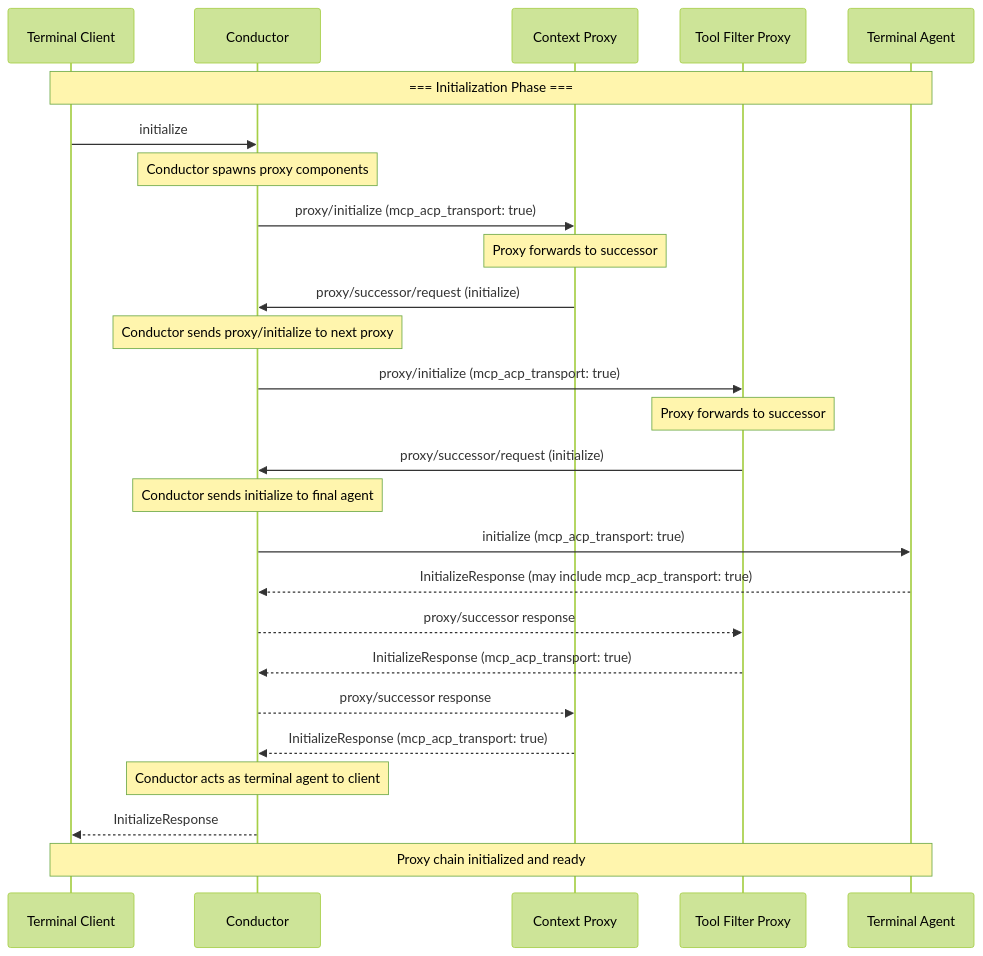
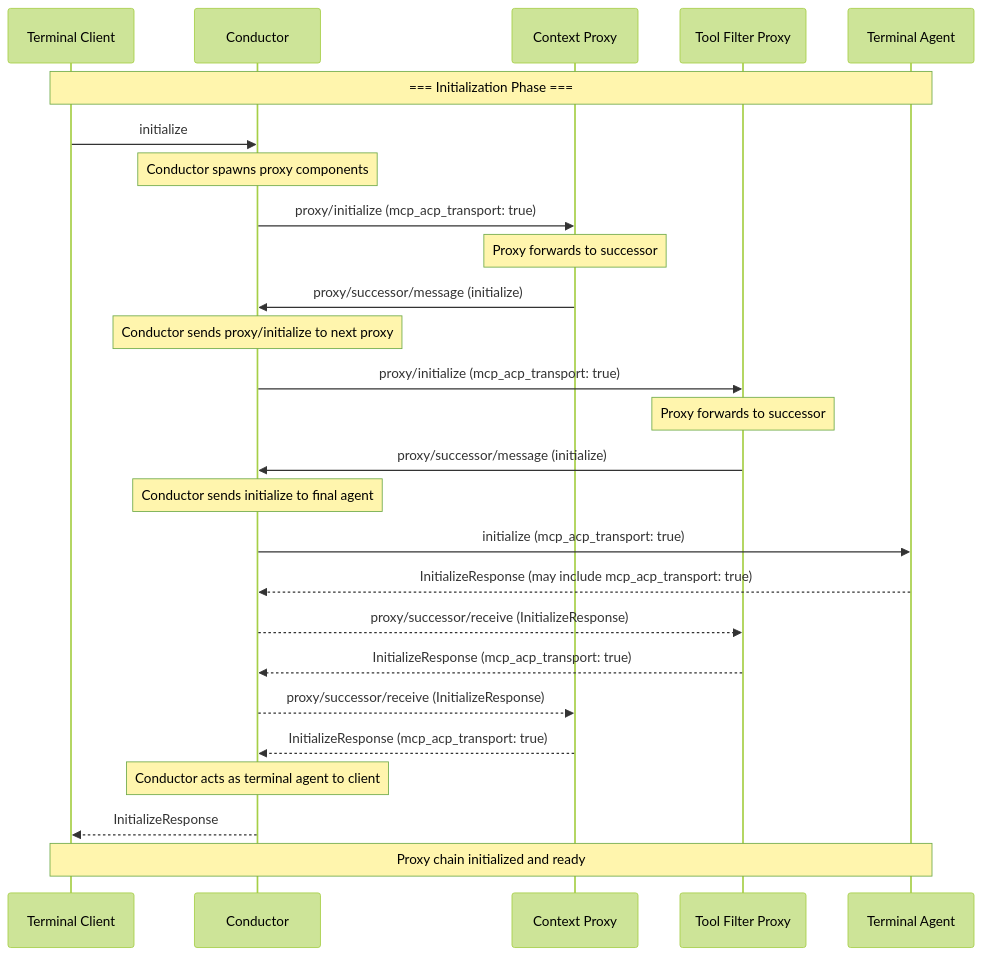
One commit to agentclientprotocol/agent-client-protocol changed the eighth of 9 diagrams in docs/rfds/proxy-chains.mdx. Above: the diagram before and after it, drawn with Mermaid (forest theme). The commit also changed other lines of this file, not shown here.

First line of the commit message:
Consolidate proxy/successor methods to message and receive

````diff
--- a/docs/rfds/proxy-chains.mdx
+++ b/docs/rfds/proxy-chains.mdx
@@ -414,40 +414,40 @@
 ```mermaid
 sequenceDiagram
     participant TC as Terminal Client
     participant C as Conductor
     participant P1 as Context Proxy
     participant P2 as Tool Filter Proxy
     participant TA as Terminal Agent
 
     Note over TC,TA: === Initialization Phase ===
 
     TC->>C: initialize
 
     Note over C: Conductor spawns proxy components
     C->>P1: proxy/initialize (mcp_acp_transport: true)
 
     Note over P1: Proxy forwards to successor
-    P1->>C: proxy/successor/request (initialize)
+    P1->>C: proxy/successor/message (initialize)
 
     Note over C: Conductor sends proxy/initialize to next proxy
     C->>P2: proxy/initialize (mcp_acp_transport: true)
 
     Note over P2: Proxy forwards to successor
-    P2->>C: proxy/successor/request (initialize)
+    P2->>C: proxy/successor/message (initialize)
 
     Note over C: Conductor sends initialize to final agent
     C->>TA: initialize (mcp_acp_transport: true)
 
     TA-->>C: InitializeResponse (may include mcp_acp_transport: true)
-    C-->>P2: proxy/successor response
+    C-->>P2: proxy/successor/receive (InitializeResponse)
 
     P2-->>C: InitializeResponse (mcp_acp_transport: true)
-    C-->>P1: proxy/successor response
+    C-->>P1: proxy/successor/receive (InitializeResponse)
 
     P1-->>C: InitializeResponse (mcp_acp_transport: true)
 
     Note over C: Conductor acts as terminal agent to client
     C-->>TC: InitializeResponse
 
     Note over TC,TA: Proxy chain initialized and ready
 ```
````
